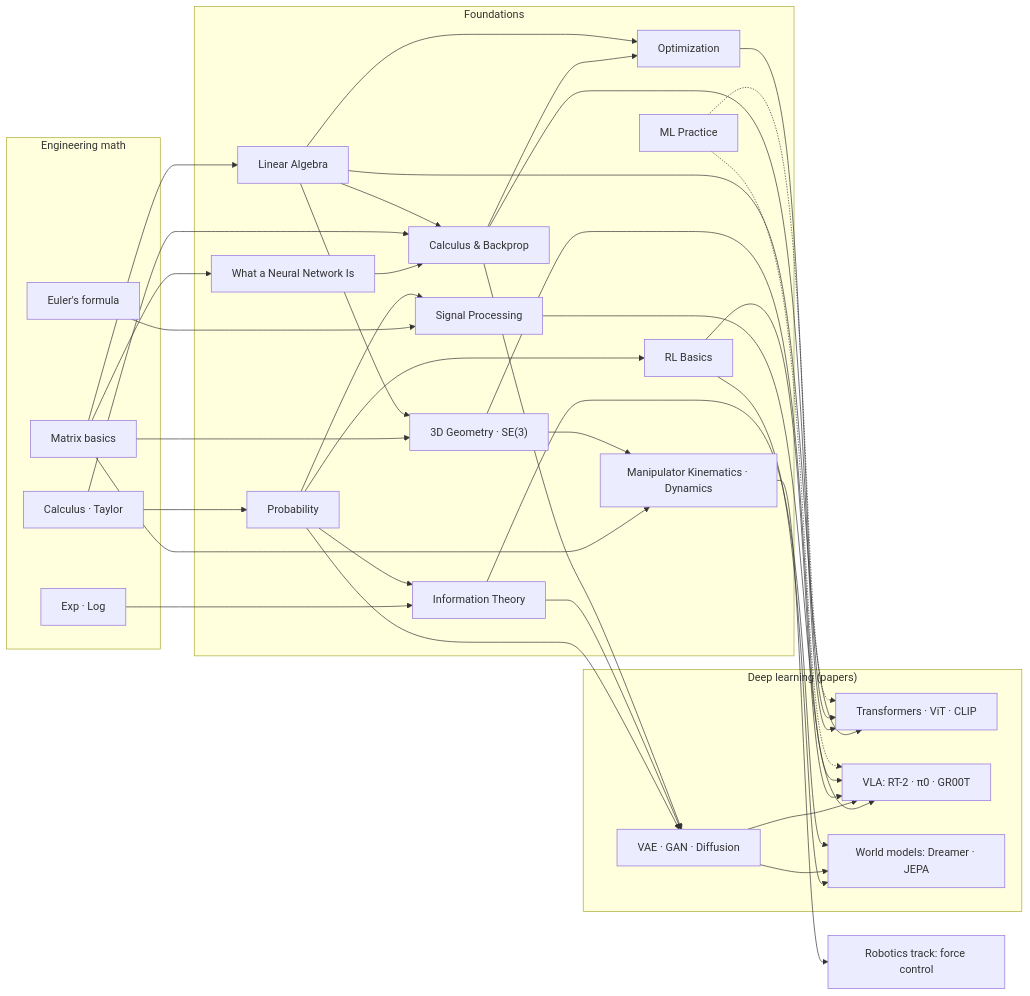
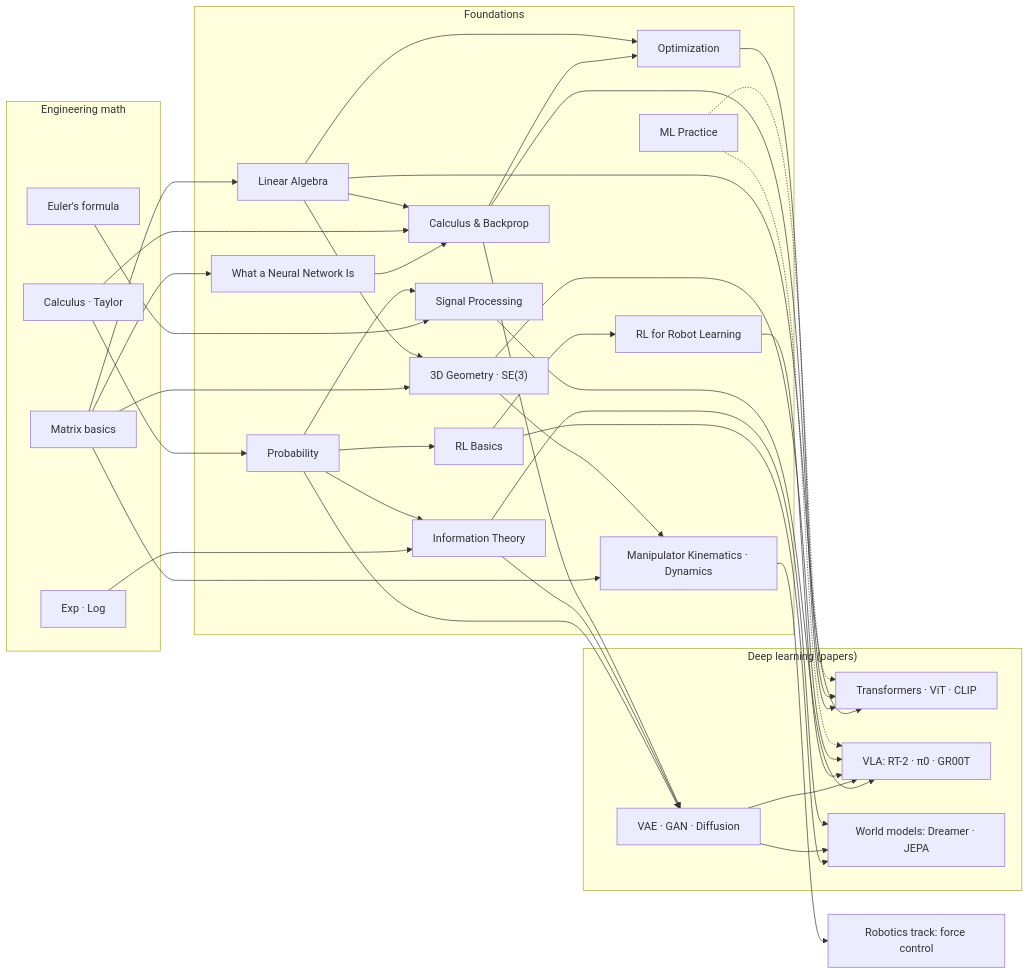
Before and after one commit to jiseop-byeon/phd-wiki: the first of 4 diagrams in content/02-foundations/overview.md, drawn with Mermaid. The commit also changed other lines of this file and 46 other files, not shown here.

First line of the commit message:
Make every Draw item a variant, translate Korean figure labels, and close the small follow-ups

````diff
--- a/content/02-foundations/overview.md
+++ b/content/02-foundations/overview.md
@@ -70,60 +70,62 @@
 ```mermaid
 graph LR
     subgraph M["Engineering math"]
     CALC["Calculus · Taylor"]
     MAT["Matrix basics"]
     EUL["Euler's formula"]
     LOG["Exp · Log"]
     end
     subgraph F["Foundations"]
     LA["Linear Algebra"]
     NN["What a Neural Network Is"]
     CB["Calculus & Backprop"]
     PR["Probability"]
     OPT["Optimization"]
     IT["Information Theory"]
     SP["Signal Processing"]
     RL["RL Basics"]
+    RLR["RL for Robot Learning"]
     SE["3D Geometry · SE(3)"]
     MLP["ML Practice"]
     MKD["Manipulator Kinematics · Dynamics"]
     end
     subgraph D["Deep learning (papers)"]
     TF["Transformers · ViT · CLIP"]
     GEN["VAE · GAN · Diffusion"]
     VLA["VLA: RT-2 · π0 · GR00T"]
     WM["World models: Dreamer · JEPA"]
     end
     MAT --> LA
     MAT --> NN
     NN --> CB
     CALC --> CB
     CALC --> PR
     EUL --> SP
     LOG --> IT
     LA --> CB --> OPT
     LA --> OPT
     PR --> IT
     PR --> RL
     PR --> SP
     LA --> TF
     CB --> TF
     OPT --> TF
     PR --> GEN
     IT --> GEN
     CB --> GEN
     SP --> VLA
     GEN --> VLA
-    RL --> VLA
+    RL --> RLR
+    RLR --> VLA
     RL --> WM
     GEN --> WM
     IT --> WM
     MAT --> SE
     LA --> SE
     SE --> VLA
     MLP -.-> TF
     MLP -.-> VLA
     MAT --> MKD
     SE --> MKD
     MKD --> ROB["Robotics track: force control"]
 ```
````
